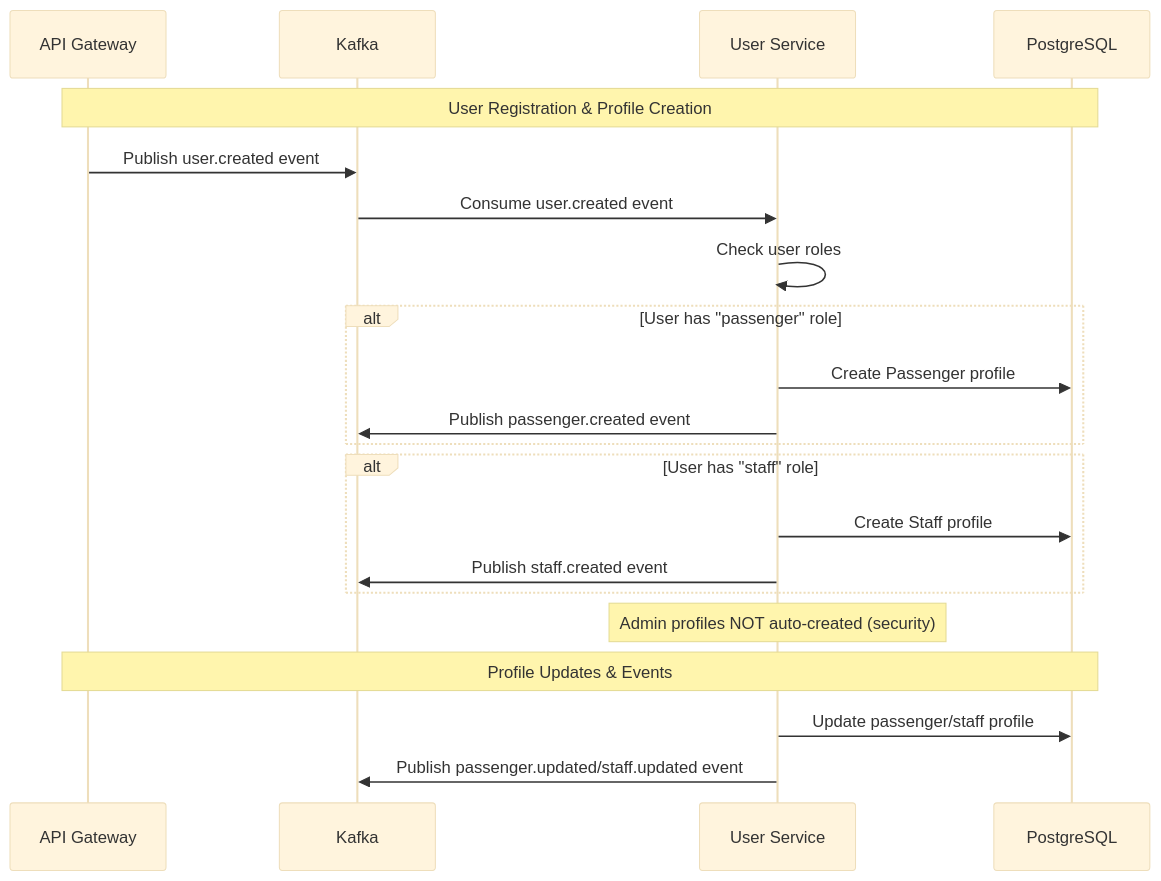
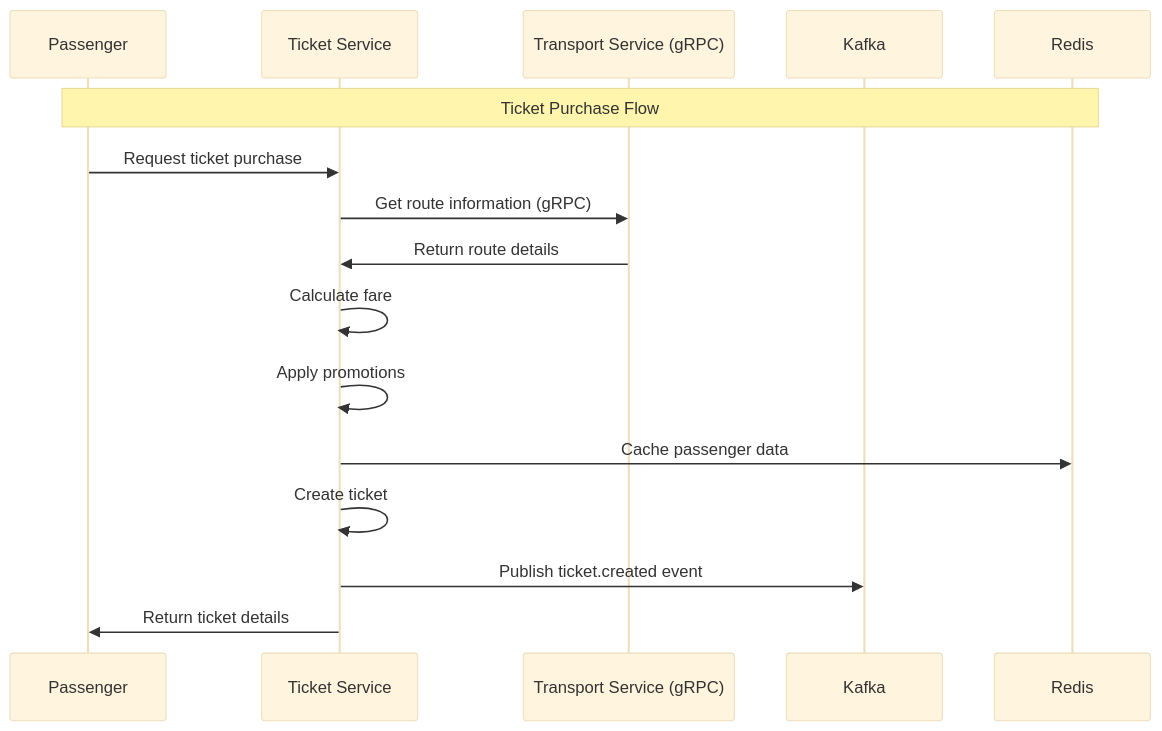
The diagram in ticket-service/README.md (NamPhAm-Work423/Metro-backend), drawn with Mermaid (base theme) before and after one commit. The commit also changed other lines of this file and 41 other files, not shown here.

````diff
--- a/ticket-service/README.md
+++ b/ticket-service/README.md
@@ -187,30 +188,20 @@
 ```mermaid
 sequenceDiagram
-    participant API as API Gateway
-    participant KAFKA as Kafka
-    participant USER as User Service
-    participant DB as PostgreSQL
+    participant P as Passenger
+    participant T as Ticket Service
+    participant TR as Transport Service (gRPC)
+    participant K as Kafka
+    participant R as Redis
 
-    Note over API,DB: User Registration & Profile Creation
+    Note over P,R: Ticket Purchase Flow
 
-    API->>KAFKA: Publish user.created event
-    KAFKA->>USER: Consume user.created event
-    USER->>USER: Check user roles
-    
-    alt User has "passenger" role
-        USER->>DB: Create Passenger profile
-        USER->>KAFKA: Publish passenger.created event
-    end
-    
-    alt User has "staff" role
-        USER->>DB: Create Staff profile
-        USER->>KAFKA: Publish staff.created event
-    end
-    
-    Note over USER: Admin profiles NOT auto-created (security)
-    
-    Note over API,DB: Profile Updates & Events
-    
-    USER->>DB: Update passenger/staff profile
-    USER->>KAFKA: Publish passenger.updated/staff.updated event
+    P->>T: Request ticket purchase
+    T->>TR: Get route information (gRPC)
+    TR->>T: Return route details
+    T->>T: Calculate fare
+    T->>T: Apply promotions
+    T->>R: Cache passenger data
+    T->>T: Create ticket
+    T->>K: Publish ticket.created event
+    T->>P: Return ticket details
 ```
````
